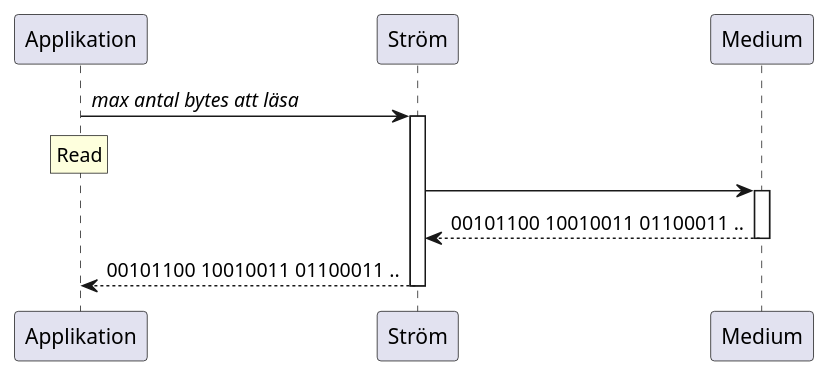
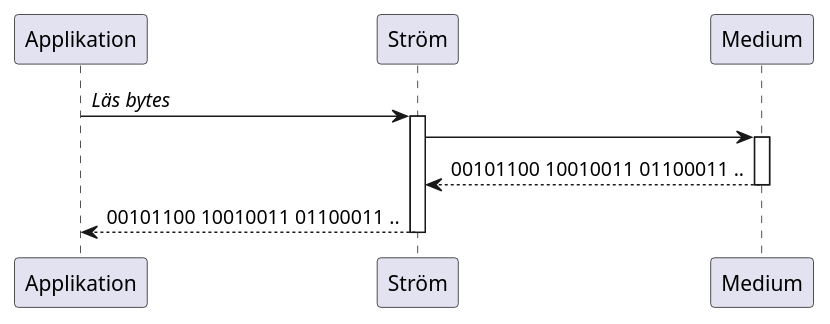
One commit to jonaskeisu/newton-sysg-op1 changed the third of 7 diagrams in lektioner/19-strömmar-och-filer/19-strömmar-och-filer.notes.md. Above: the diagram before and after it, drawn with PlantUML. The commit also changed other lines of this file and 6 other files, not shown here.

````diff
--- a/lektioner/19-strömmar-och-filer/19-strömmar-och-filer.notes.md
+++ b/lektioner/19-strömmar-och-filer/19-strömmar-och-filer.notes.md
@@ -137,10 +134,7 @@
 ```plantuml
 autoactivate on
-Applikation -> Ström: <i>max antal bytes att läsa</i>
-rnote over Applikation
-    Read
-end note
+Applikation -> Ström: <i>Läs bytes</i>
 Ström -> Medium
 return 00101100 10010011 01100011 ..
 return 00101100 10010011 01100011 ..
 ```
````
